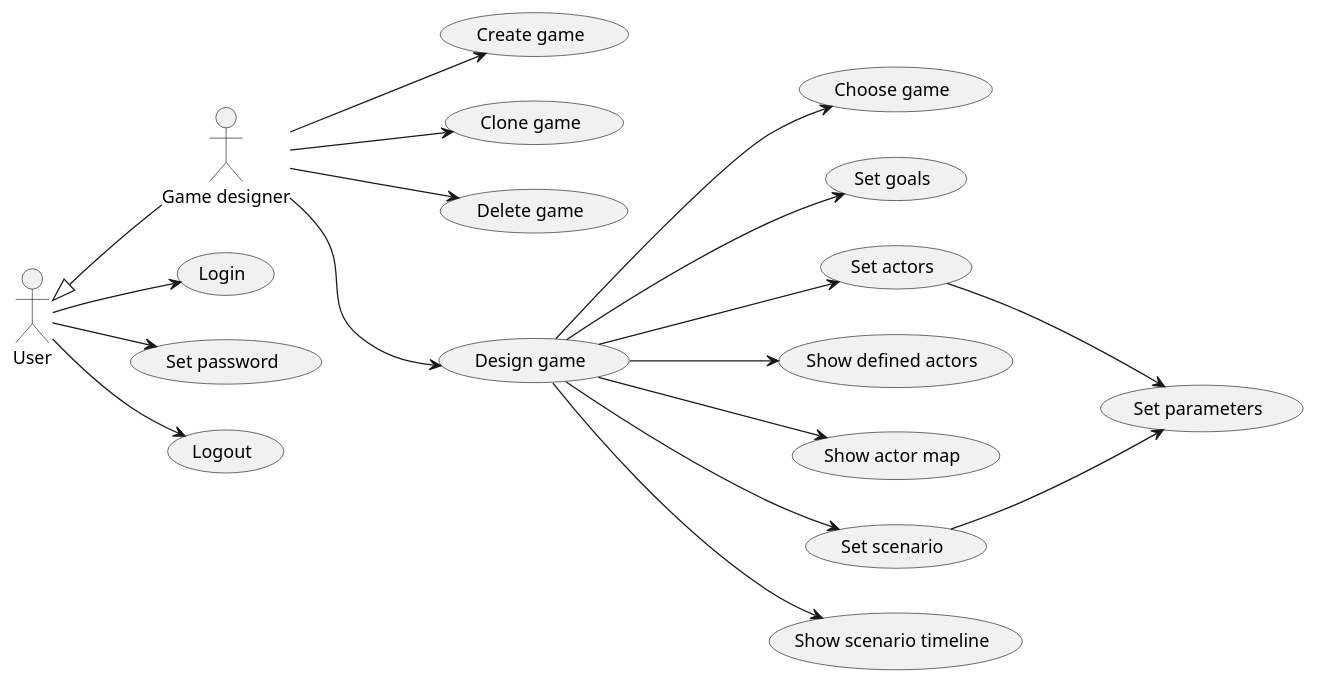
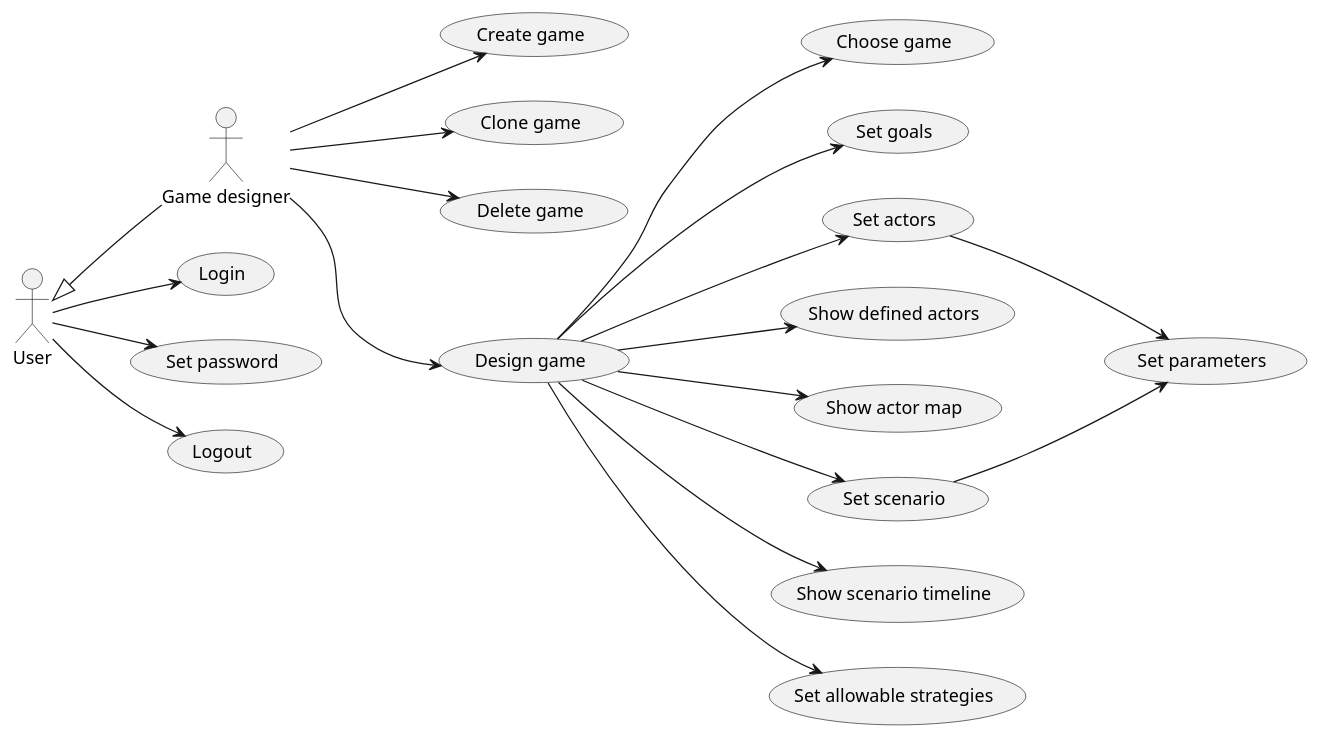
The diagram in doc/1-use-cases/diagrams/game-design.puml (averbraeck/gscg-design), drawn with PlantUML before and after one commit. The commit also changed 3 other files, not shown here.

Commit message:
Issue #12. Define allowable strategies

```diff
--- a/doc/1-use-cases/diagrams/game-design.puml
+++ b/doc/1-use-cases/diagrams/game-design.puml
@@ -1,27 +1,28 @@
 @startuml
 left to right direction
 
 "Game designer" as GD
 User <|-- GD
 
 User --> (Login)
 User --> (Set password)
 User --> (Logout)
 
 GD --> (Create game)
 
 GD --> (Clone game)
 GD --> (Delete game)
 
 GD --> (Design game) : "         \n\n\n\n\n"
 (Design game) --> (Choose game) : "              "
 (Design game) --> (Set goals)
 (Design game) --> (Set actors)
 (Design game) --> (Show defined actors)
 (Design game) --> (Show actor map)
 (Design game) --> (Set scenario)
 (Design game) --> (Show scenario timeline)
+(Design game) --> (Set allowable strategies)
 (Set scenario) --> (Set parameters)
 (Set actors) --> (Set parameters)
 
 @enduml
```
